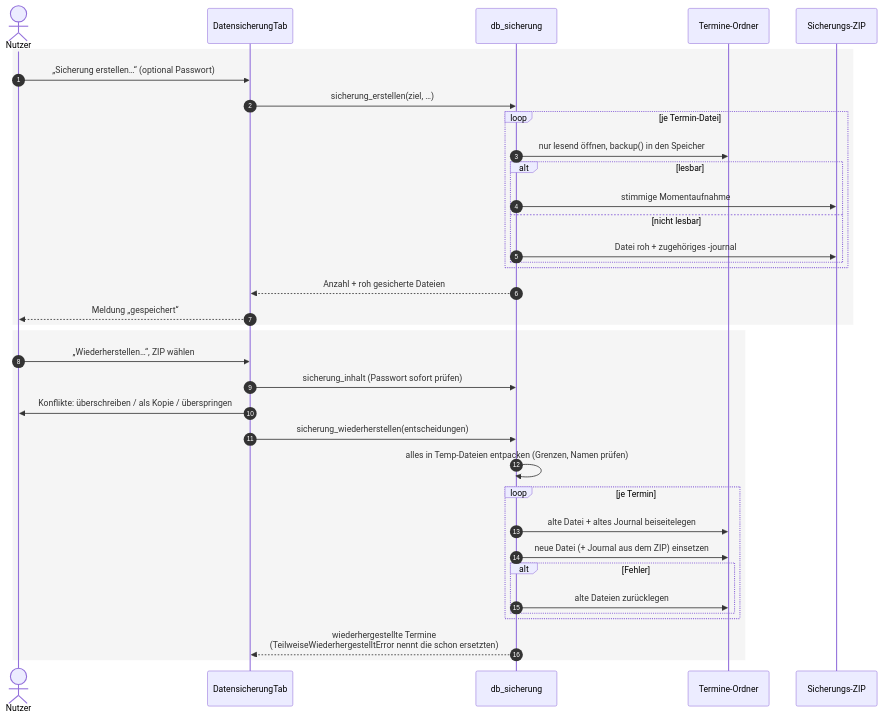
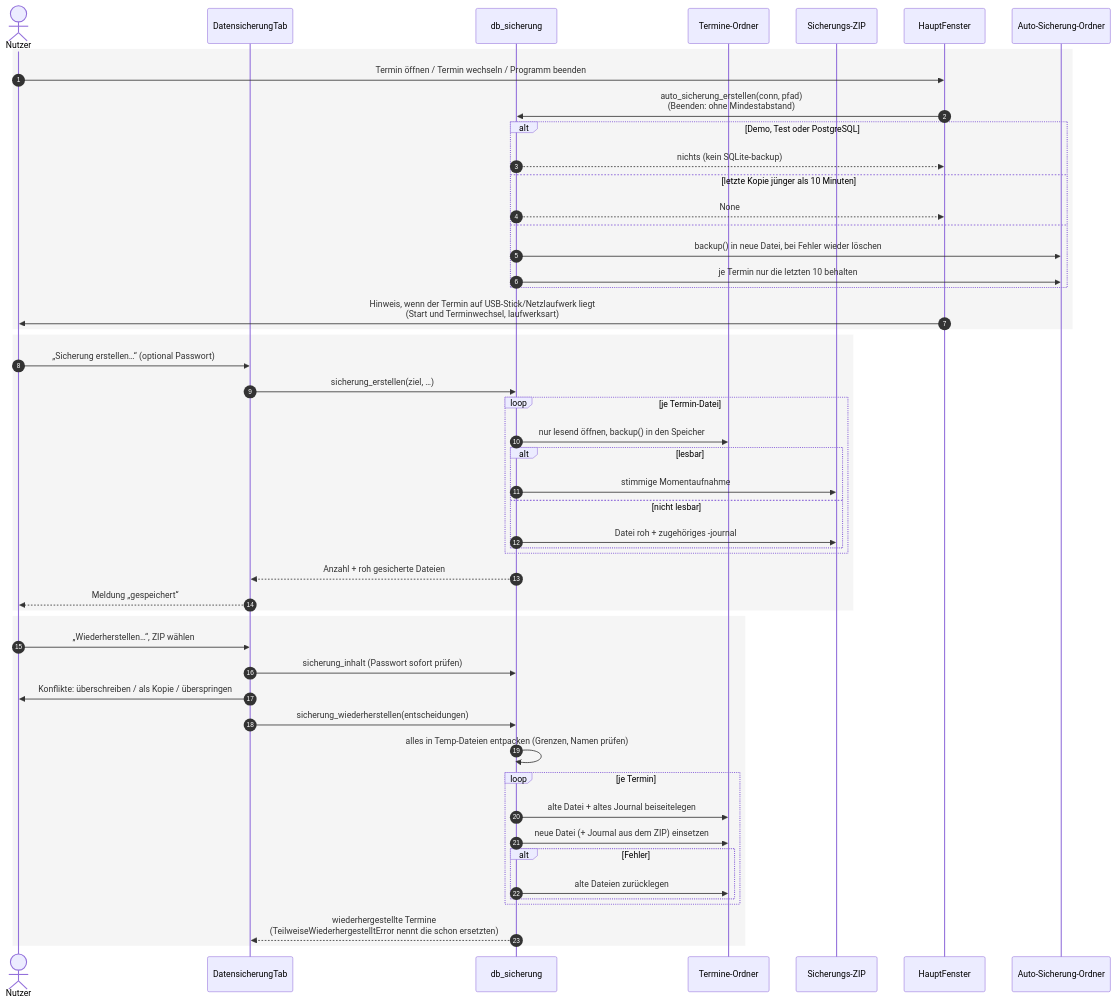
Before and after one commit to mbruver-source/SHS: diagram 11 of 13 in UML.md, drawn with Mermaid. The commit also changed other lines of this file and 33 other files, not shown here.

Commit message:
Version 1.0.60: Bögen je Disziplin, Behältnis-Etiketten, Auto-Sicherung, Bedienung

````diff
--- a/UML.md
+++ b/UML.md
@@ -597,40 +597,56 @@
 ```mermaid
 sequenceDiagram
     autonumber
     actor N as Nutzer
     participant DT as DatensicherungTab
     participant S as db_sicherung
     participant F as Termine-Ordner
     participant Z as Sicherungs-ZIP
+    participant HF as HauptFenster
+    participant A as Auto-Sicherung-Ordner
+
+    rect rgba(127,127,127,0.08)
+    N->>HF: Termin öffnen / Termin wechseln / Programm beenden
+    HF->>S: auto_sicherung_erstellen(conn, pfad)<br/>(Beenden: ohne Mindestabstand)
+    alt Demo, Test oder PostgreSQL
+        S-->>HF: nichts (kein SQLite-backup)
+    else letzte Kopie jünger als 10 Minuten
+        S-->>HF: None
+    else
+        S->>A: backup() in neue Datei, bei Fehler wieder löschen
+        S->>A: je Termin nur die letzten 10 behalten
+    end
+    HF->>N: Hinweis, wenn der Termin auf USB-Stick/Netzlaufwerk liegt<br/>(Start und Terminwechsel, laufwerksart)
+    end
 
     rect rgba(127,127,127,0.08)
     N->>DT: „Sicherung erstellen…“ (optional Passwort)
     DT->>S: sicherung_erstellen(ziel, …)
     loop je Termin-Datei
         S->>F: nur lesend öffnen, backup() in den Speicher
         alt lesbar
             S->>Z: stimmige Momentaufnahme
         else nicht lesbar
             S->>Z: Datei roh + zugehöriges -journal
         end
     end
     S-->>DT: Anzahl + roh gesicherte Dateien
     DT-->>N: Meldung „gespeichert“
     end
 
     rect rgba(127,127,127,0.08)
     N->>DT: „Wiederherstellen…“, ZIP wählen
     DT->>S: sicherung_inhalt (Passwort sofort prüfen)
     DT->>N: Konflikte: überschreiben / als Kopie / überspringen
     DT->>S: sicherung_wiederherstellen(entscheidungen)
     S->>S: alles in Temp-Dateien entpacken (Grenzen, Namen prüfen)
     loop je Termin
         S->>F: alte Datei + altes Journal beiseitelegen
         S->>F: neue Datei (+ Journal aus dem ZIP) einsetzen
         alt Fehler
             S->>F: alte Dateien zurücklegen
         end
     end
     S-->>DT: wiederhergestellte Termine<br/>(TeilweiseWiederhergestelltError nennt die schon ersetzten)
     end
 ```
````
